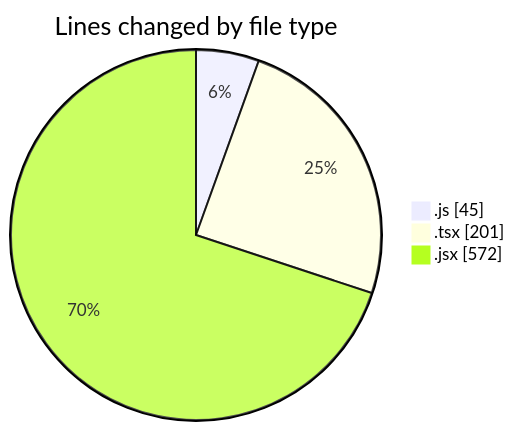
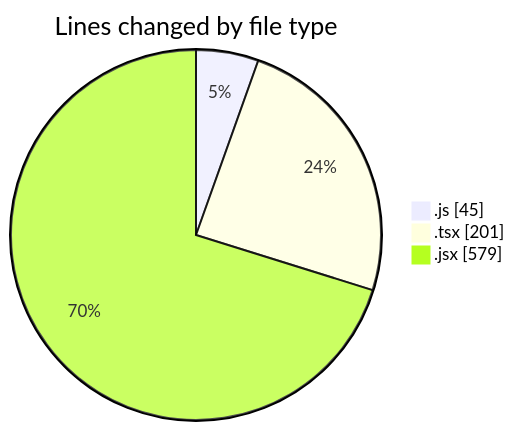
One commit to nxtqubesakshisongat/code-tracking changed the first of 2 diagrams in 2026-01-09/nxtqube_webapp/README.md. Above: the diagram before and after it, drawn with Mermaid. The commit also changed other lines of this file and 1 other file, not shown here.

````diff
--- a/2026-01-09/nxtqube_webapp/README.md
+++ b/2026-01-09/nxtqube_webapp/README.md
@@ -22,7 +22,7 @@
 ```mermaid
 pie showData
 title Lines changed by file type
 ".js" : 45
 ".tsx" : 201
-".jsx" : 572
+".jsx" : 579
 ```
````
